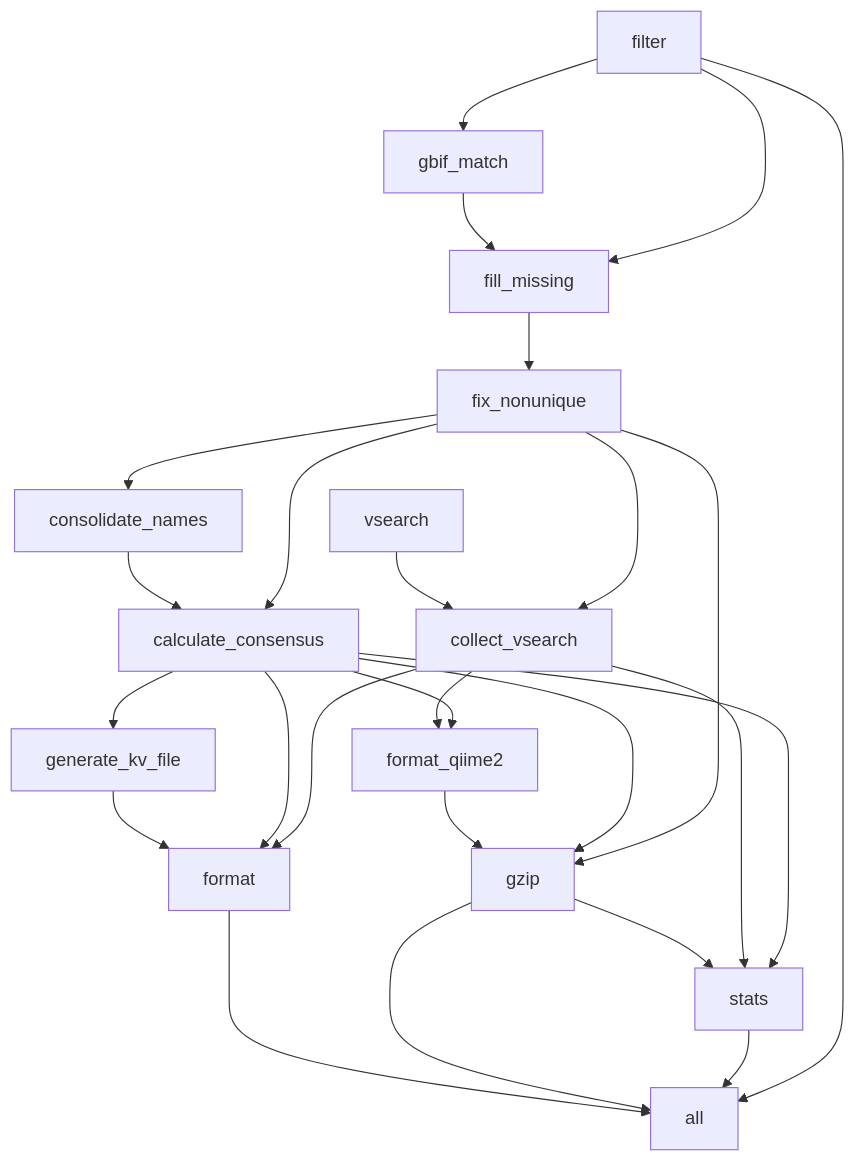
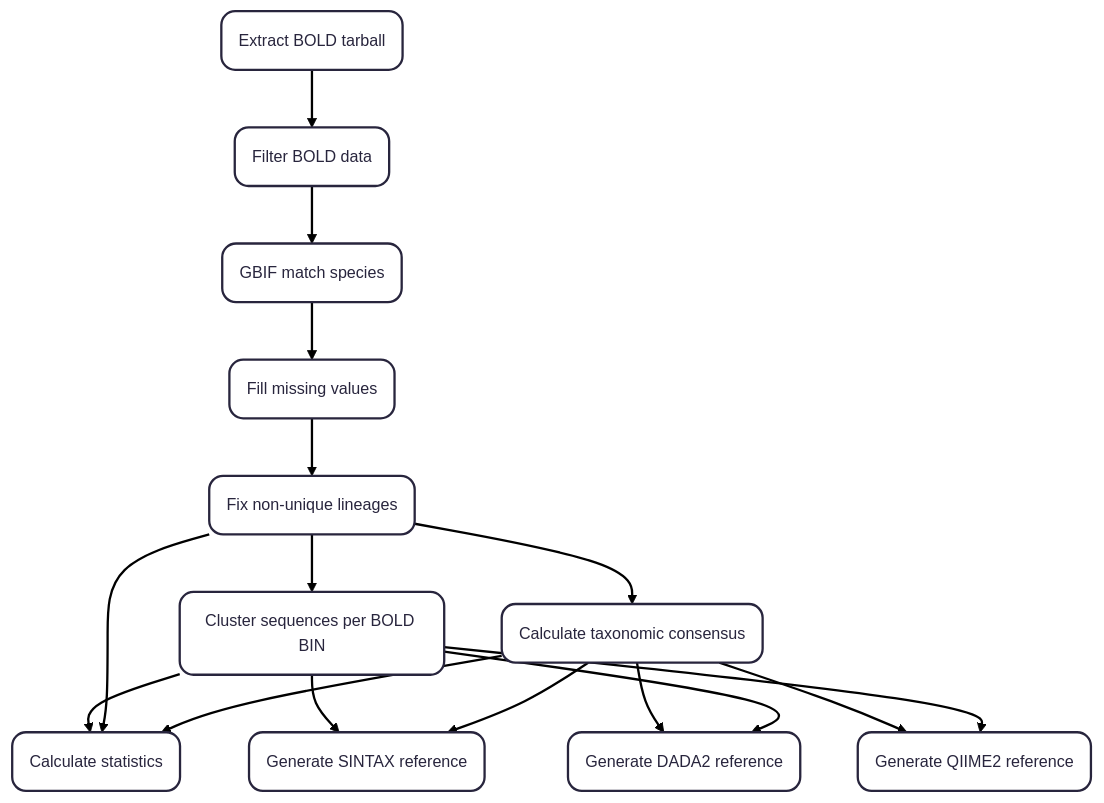
The diagram in README.md (insect-biome-atlas/coidb), drawn with Mermaid before and after one commit.

````diff
--- a/README.md
+++ b/README.md
@@ -35,42 +35,36 @@
 ```mermaid
+---
+config:
+  theme: redux
+  flowchart:
+    curve: basis
+---
 graph TD
-    8 --> 0
-    1 --> 0
-    4 --> 0
-    11 --> 0
-    10 --> 1
-    5 --> 1
-    2 --> 1
-    3 --> 2
-    7 --> 3
-    11 --> 3
-    1 --> 4
-    12 --> 4
-    5 --> 4
-    6 --> 5
-    2 --> 5
-    2 --> 6
-    11 --> 7
-    9 --> 8
+    0 --> 1
+    1 --> 2
+    2 --> 3
+    3 --> 4
+    4 --> 5
+    4 --> 7
+    7 --> 8
+    4 --> 8
     5 --> 8
-    12 --> 8
+    7 --> 9
     5 --> 9
-    12 --> 10
     5 --> 10
-    13 --> 12
-    2 --> 12
-    0["all"]
-    1["gzip"]
-    2["fix_nonunique"]
-    3["fill_missing"]
-    4["stats"]
-    5["calculate_consensus"]
-    6["consolidate_names"]
-    7["gbif_match"]
-    8["format"]
-    9["generate_kv_file"]
-    10["format_qiime2"]
-    11["filter"]
-    12["collect_vsearch"]
-    13["vsearch"]
+    7 --> 10
+    5 --> 11
+    7 --> 11
+    0("Extract BOLD tarball")
+    1("Filter BOLD data")
+    2("GBIF match species")
+    3("Fill missing values")
+    4("Fix non-unique lineages")
+    5("Calculate taxonomic consensus")
+    7("Cluster sequences per BOLD BIN")
+    8("Calculate statistics")
+    9("Generate SINTAX reference")
+    10("Generate DADA2 reference")
+    11("Generate QIIME2 reference")
+
 ```
````
